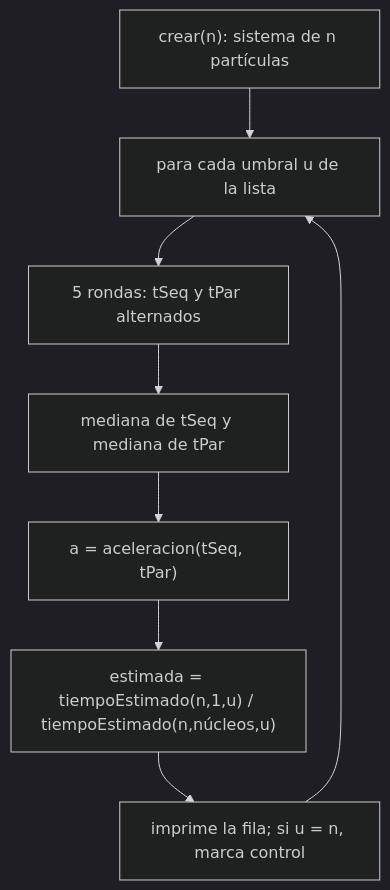
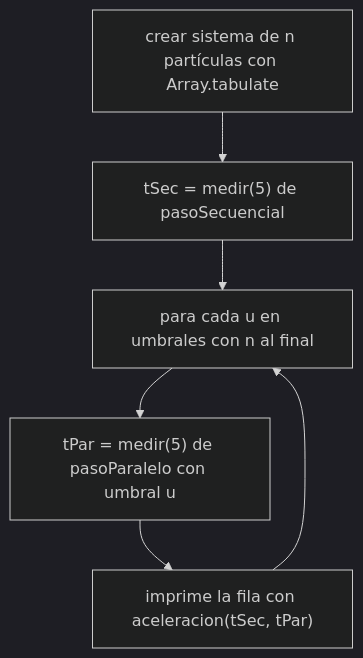
One commit to EjerciciosClasesCardel/pfc-taller-4-simulacion-particulas changed the fifth of 5 diagrams in docs/proceso.md. Above: the diagram before and after it, drawn with Mermaid (dark theme). The commit also changed other lines of this file and 5 other files, not shown here.

````diff
--- a/docs/proceso.md
+++ b/docs/proceso.md
@@ -481,10 +512,8 @@
 ```mermaid
 flowchart TD
-    A["crear(n): sistema de n partículas"] --> B["para cada umbral u de la lista"]
-    B --> C["5 rondas: tSeq y tPar alternados"]
-    C --> D["mediana de tSeq y mediana de tPar"]
-    D --> E["a = aceleracion(tSeq, tPar)"]
-    E --> F["estimada = tiempoEstimado(n,1,u) / tiempoEstimado(n,núcleos,u)"]
-    F --> G["imprime la fila; si u = n, marca control"]
-    G --> B
+    A["crear sistema de n partículas con Array.tabulate"] --> B["tSec = medir(5) de pasoSecuencial"]
+    B --> C["para cada u en umbrales con n al final"]
+    C --> D["tPar = medir(5) de pasoParalelo con umbral u"]
+    D --> E["imprime la fila con aceleracion(tSec, tPar)"]
+    E --> C
 ```
````
